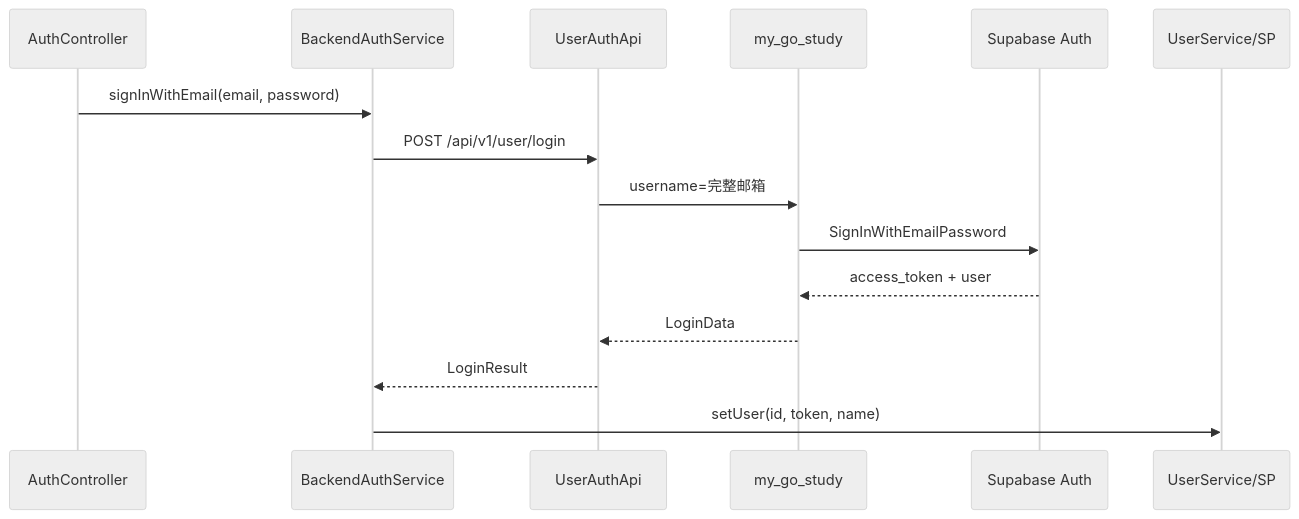
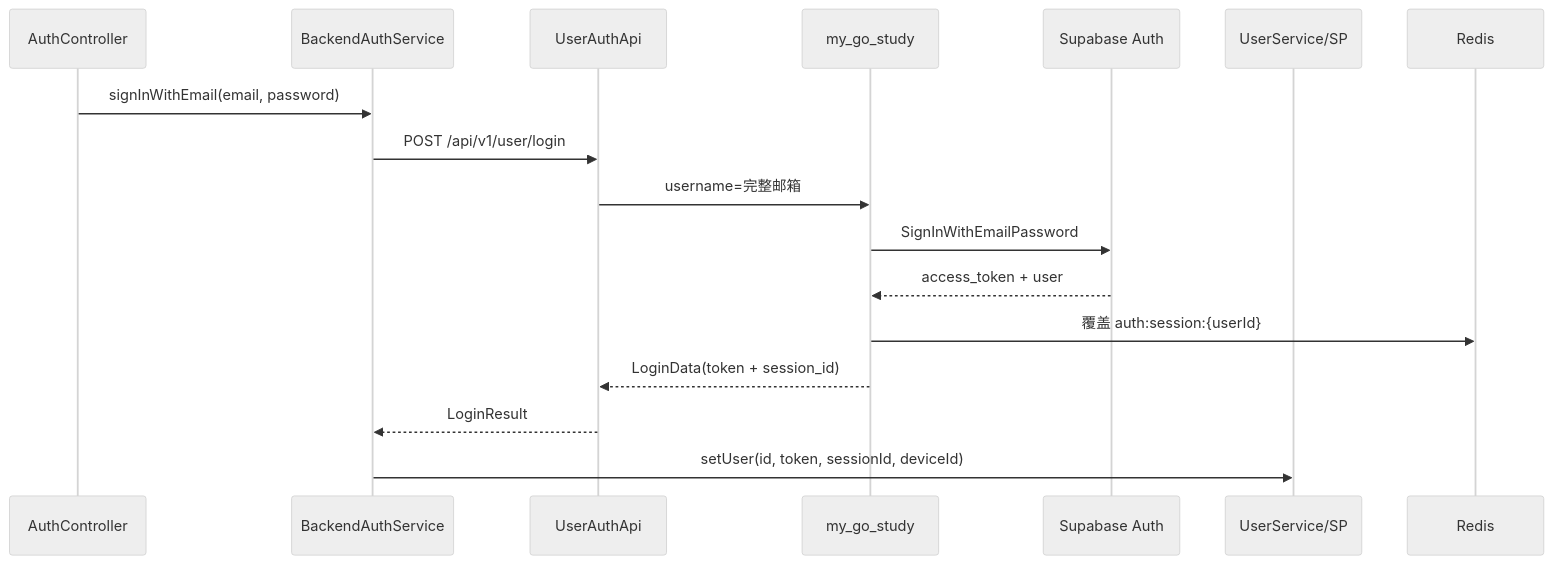
The diagram in docs/BACKEND_INTEGRATION.md (stvenfor/my_ai_project), drawn with Mermaid (neutral theme) before and after one commit. The commit also changed other lines of this file and 26 other files, not shown here.

````diff
--- a/docs/BACKEND_INTEGRATION.md
+++ b/docs/BACKEND_INTEGRATION.md
@@ -156,18 +158,19 @@
 ```mermaid
 sequenceDiagram
   participant UI as AuthController
   participant Svc as BackendAuthService
   participant Api as UserAuthApi
   participant Go as my_go_study
   participant SB as Supabase Auth
   participant Store as UserService/SP
 
   UI->>Svc: signInWithEmail(email, password)
   Svc->>Api: POST /api/v1/user/login
   Api->>Go: username=完整邮箱
   Go->>SB: SignInWithEmailPassword
   SB-->>Go: access_token + user
-  Go-->>Api: LoginData
+  Go->>Redis: 覆盖 auth:session:{userId}
+  Go-->>Api: LoginData(token + session_id)
   Api-->>Svc: LoginResult
-  Svc->>Store: setUser(id, token, name)
+  Svc->>Store: setUser(id, token, sessionId, deviceId)
 ```
````
